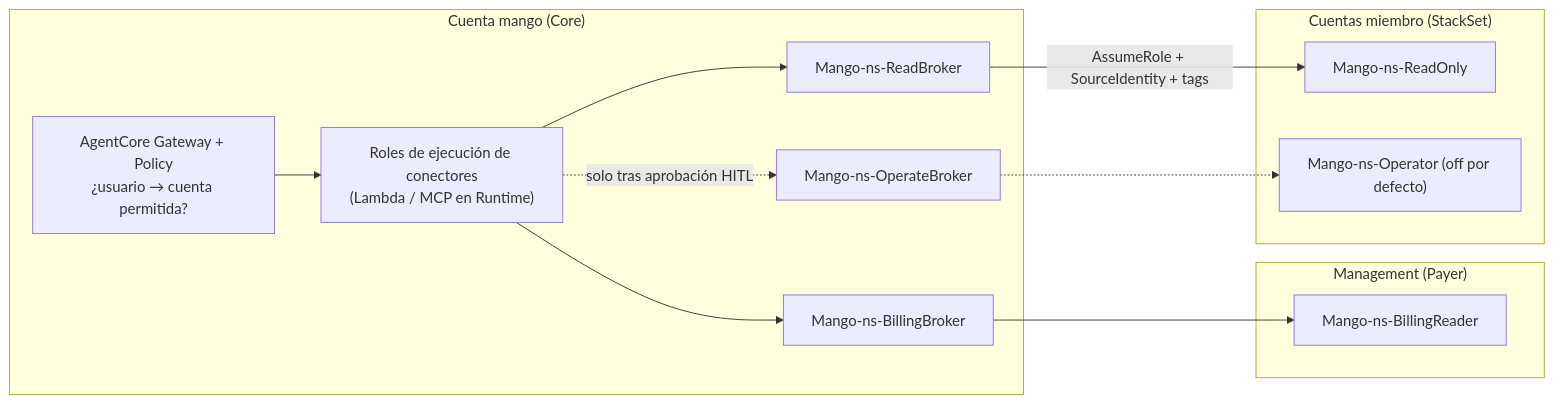
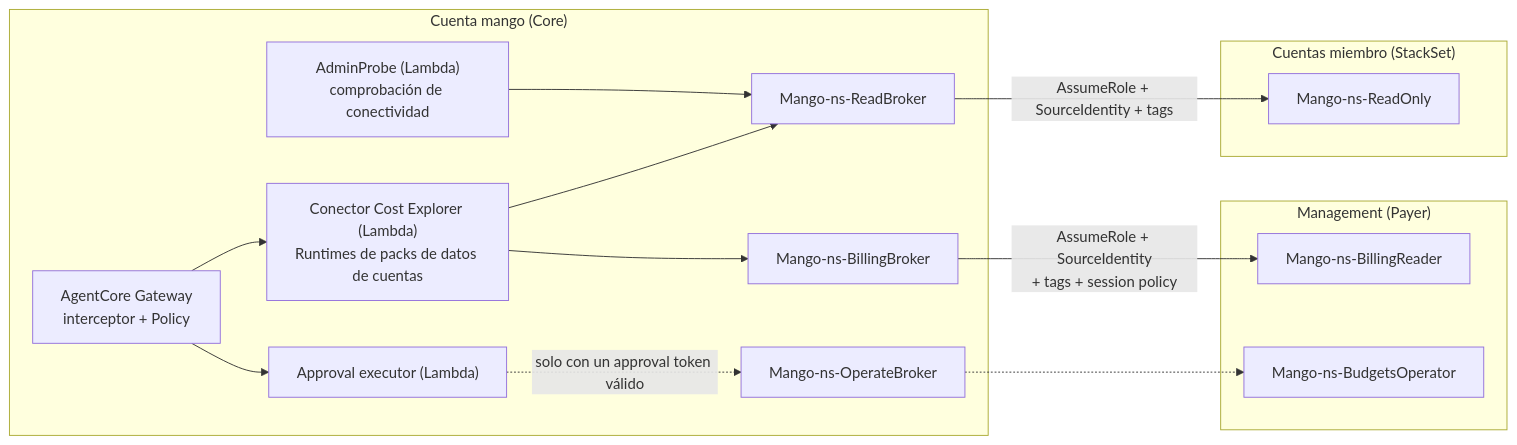
One commit to jhonmezaa/mango changed the second of 2 diagrams in docs/architecture/reference-architecture.md. Above: the diagram before and after it, drawn with Mermaid. The commit also changed other lines of this file, not shown here.

Commit message:
docs(architecture): multi-account, upgrades, security requirements, capacity and operations, costs and risks as built

````diff
--- a/docs/architecture/reference-architecture.md
+++ b/docs/architecture/reference-architecture.md
@@ -517,21 +517,25 @@
 ```mermaid
 flowchart LR
   subgraph MANGO["Cuenta mango (Core)"]
-    C["Roles de ejecución de conectores<br/>(Lambda / MCP en Runtime)"]
+    GW["AgentCore Gateway<br/>interceptor + Policy"]
+    C["Conector Cost Explorer (Lambda)<br/>Runtimes de packs de datos de cuentas"]
+    AP["AdminProbe (Lambda)<br/>comprobación de conectividad"]
+    AE["Approval executor (Lambda)"]
     RB["Mango-ns-ReadBroker"]
     BB["Mango-ns-BillingBroker"]
     OB["Mango-ns-OperateBroker"]
-    GW["AgentCore Gateway + Policy<br/>¿usuario → cuenta permitida?"]
   end
   subgraph MGMT["Management (Payer)"]
     BR["Mango-ns-BillingReader"]
+    BO["Mango-ns-BudgetsOperator"]
   end
   subgraph MEM["Cuentas miembro (StackSet)"]
     RO["Mango-ns-ReadOnly"]
-    OP["Mango-ns-Operator (off por defecto)"]
   end
   GW --> C
+  GW --> AE
+  C --> BB -- "AssumeRole + SourceIdentity<br/>+ tags + session policy" --> BR
   C --> RB -- "AssumeRole + SourceIdentity + tags" --> RO
-  C --> BB --> BR
-  C -. "solo tras aprobación HITL" .-> OB -.-> OP
+  AP --> RB
+  AE -. "solo con un approval token válido" .-> OB -.-> BO
 ```
````
